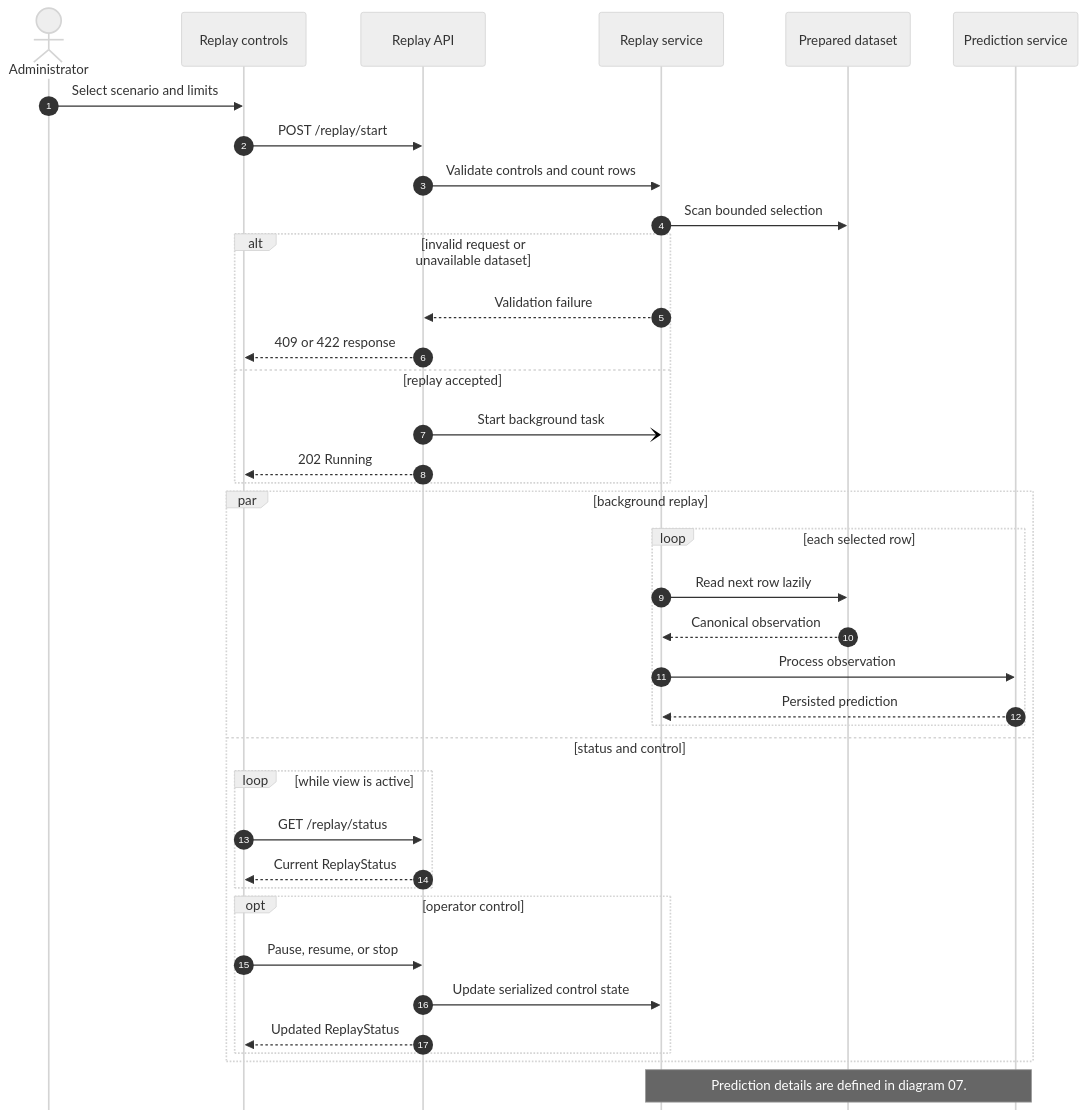
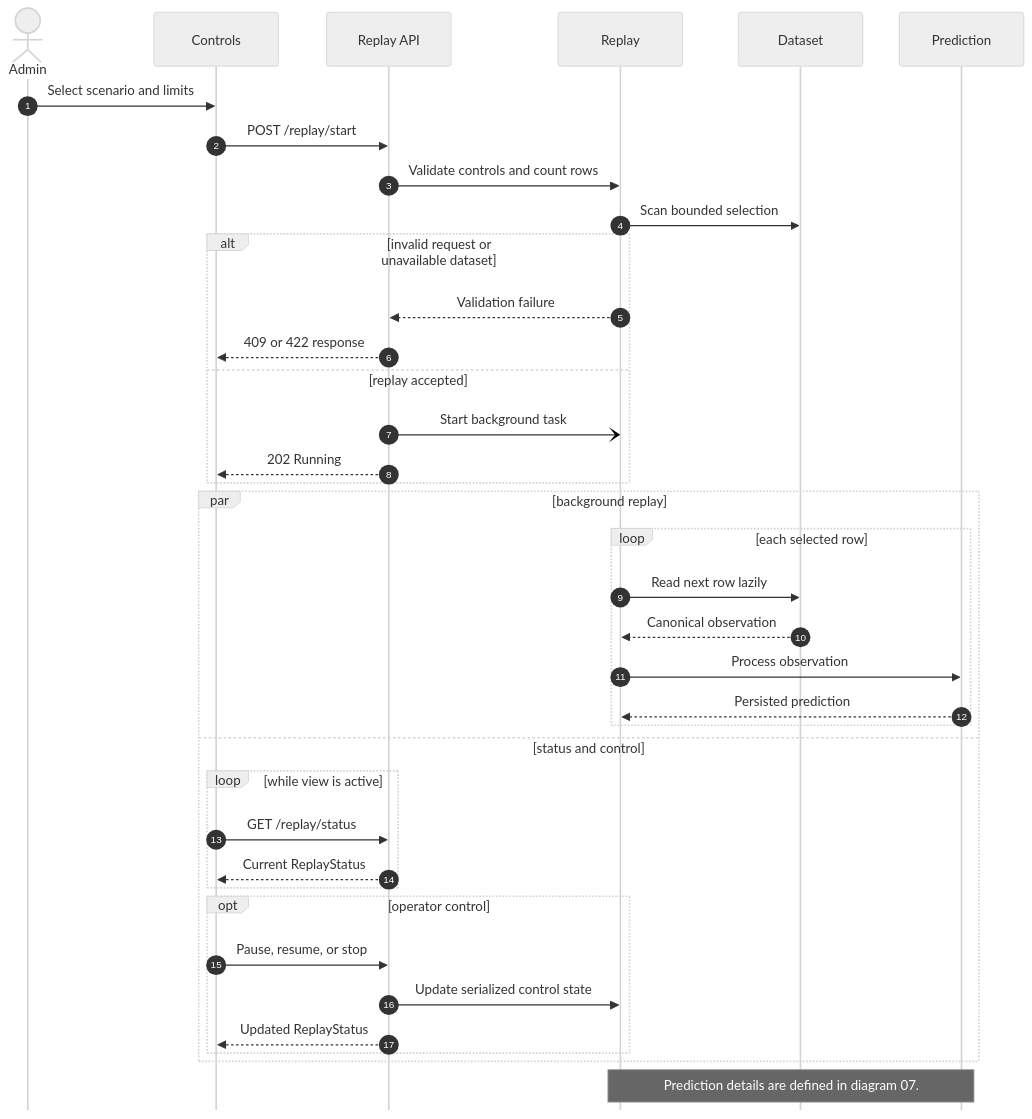
The diagram in diagrams/08-dataset-replay-sequence.mmd (ZakariaElKhaldi/4iir-sr), drawn with Mermaid (neutral theme) before and after one commit. The commit also changed 37 other files, not shown here.

Commit message:
diagrames

```diff
--- a/diagrams/08-dataset-replay-sequence.mmd
+++ b/diagrams/08-dataset-replay-sequence.mmd
@@ -1,48 +1,48 @@
 ---
 config:
   sequence:
     mirrorActors: false
-    actorMargin: 38
+    actorMargin: 30
     messageMargin: 24
 ---
 sequenceDiagram
     autonumber
-    actor Admin as Administrator
-    participant UI as Replay controls
+    actor Admin
+    participant UI as Controls
     participant API as Replay API
-    participant Replay as Replay service
-    participant CSV as Prepared dataset
-    participant Predict as Prediction service
+    participant Replay as Replay
+    participant CSV as Dataset
+    participant Predict as Prediction
 
     Admin->>UI: Select scenario and limits
     UI->>API: POST /replay/start
     API->>Replay: Validate controls and count rows
     Replay->>CSV: Scan bounded selection
     alt invalid request or unavailable dataset
         Replay-->>API: Validation failure
         API-->>UI: 409 or 422 response
     else replay accepted
         API-)Replay: Start background task
         API-->>UI: 202 Running
     end
 
     par background replay
         loop each selected row
             Replay->>CSV: Read next row lazily
             CSV-->>Replay: Canonical observation
             Replay->>Predict: Process observation
             Predict-->>Replay: Persisted prediction
         end
     and status and control
         loop while view is active
             UI->>API: GET /replay/status
             API-->>UI: Current ReplayStatus
         end
         opt operator control
             UI->>API: Pause, resume, or stop
             API->>Replay: Update serialized control state
             API-->>UI: Updated ReplayStatus
         end
     end
 
     note over Replay,Predict: Prediction details are defined in diagram 07.
```
